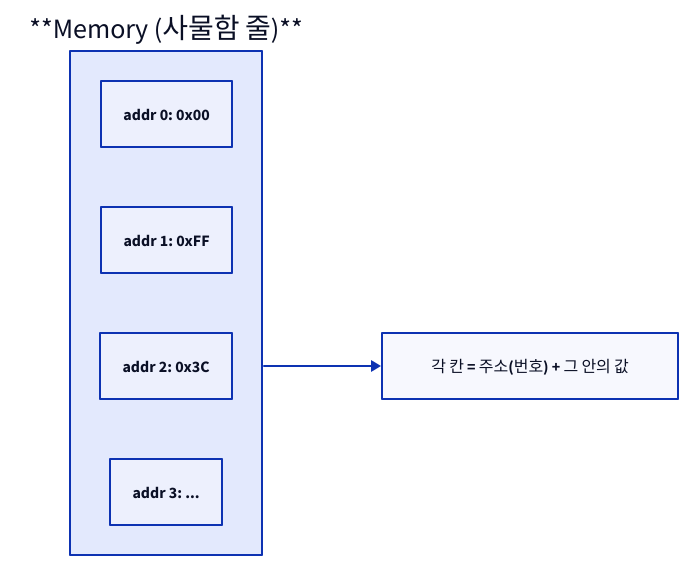
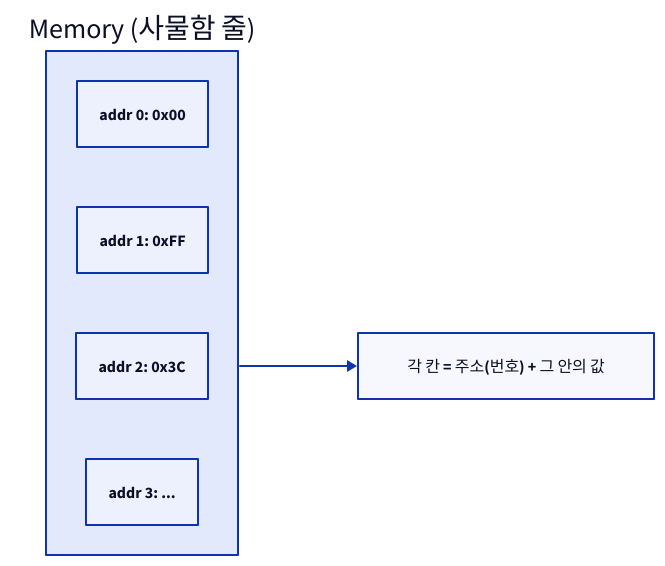
The first of 3 diagrams in starlight_site/src/content/docs/computer_architecture/02_memory_and_registers.md (humbleowl39/DV_SKOOL), drawn with D2 before and after one commit. The commit also changed other lines of this file and 714 other files, not shown here.

First line of the commit message:
fix(site): d2 다이어그램 가독성 결함 6종 일괄 수정

````diff
--- a/starlight_site/src/content/docs/computer_architecture/02_memory_and_registers.md
+++ b/starlight_site/src/content/docs/computer_architecture/02_memory_and_registers.md
@@ -40,12 +40,12 @@
 ```d2
 direction: right
 
-MEM: "**Memory (사물함 줄)**" {
+MEM: "Memory (사물함 줄)" {
   a0: "addr 0: 0x00"
   a1: "addr 1: 0xFF"
   a2: "addr 2: 0x3C"
   a3: "addr 3: ..."
 }
 NOTE: "각 칸 = 주소(번호) + 그 안의 값"
 MEM -> NOTE: ""
 ```
````
